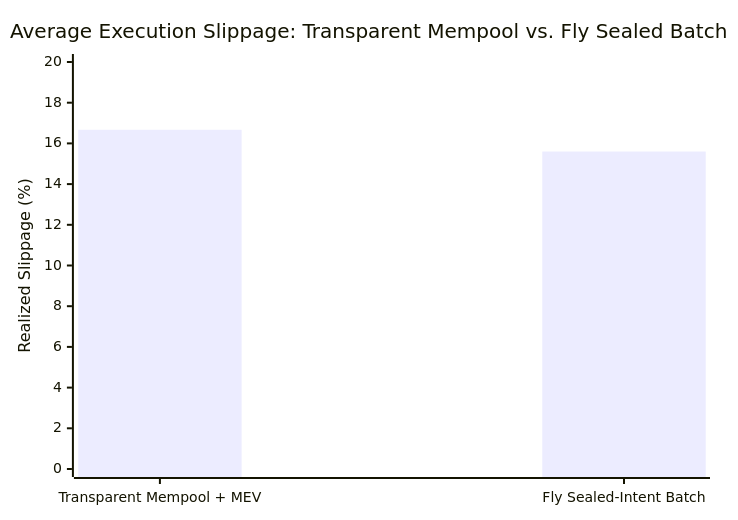
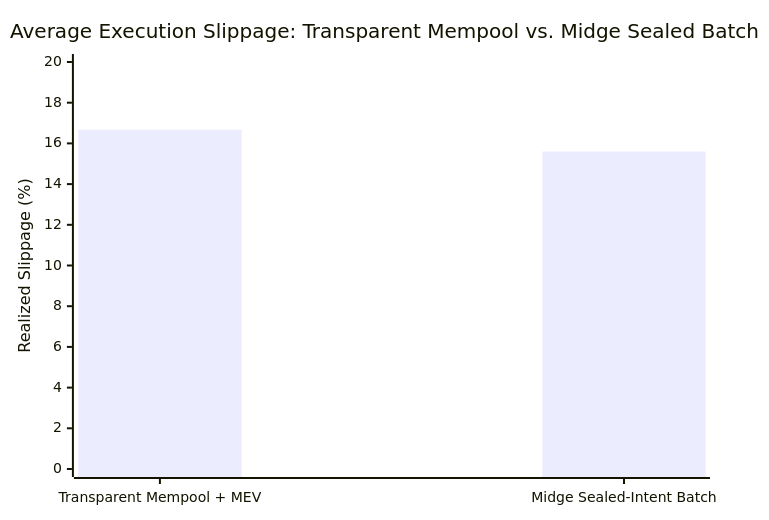
Before and after one commit to etvjay/midge: the diagram in docs/WHITEPAPER.md, drawn with Mermaid. The commit also changed other lines of this file and 49 other files, not shown here.

First line of the commit message:
chore(brand): rename the public project from Fly to Midge

````diff
--- a/docs/WHITEPAPER.md
+++ b/docs/WHITEPAPER.md
@@ -284,7 +284,7 @@
 ```mermaid
 xychart-beta
-    title "Average Execution Slippage: Transparent Mempool vs. Fly Sealed Batch"
-    x-axis ["Transparent Mempool + MEV", "Fly Sealed-Intent Batch"]
+    title "Average Execution Slippage: Transparent Mempool vs. Midge Sealed Batch"
+    x-axis ["Transparent Mempool + MEV", "Midge Sealed-Intent Batch"]
     y-axis "Realized Slippage (%)" 0 --> 20
     bar [16.67, 15.60]
 ```
````
